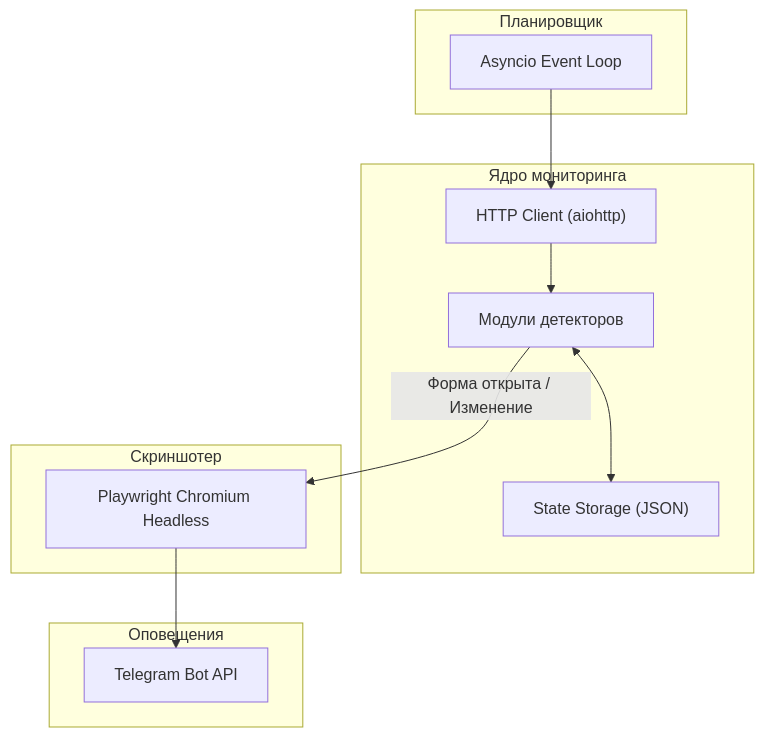
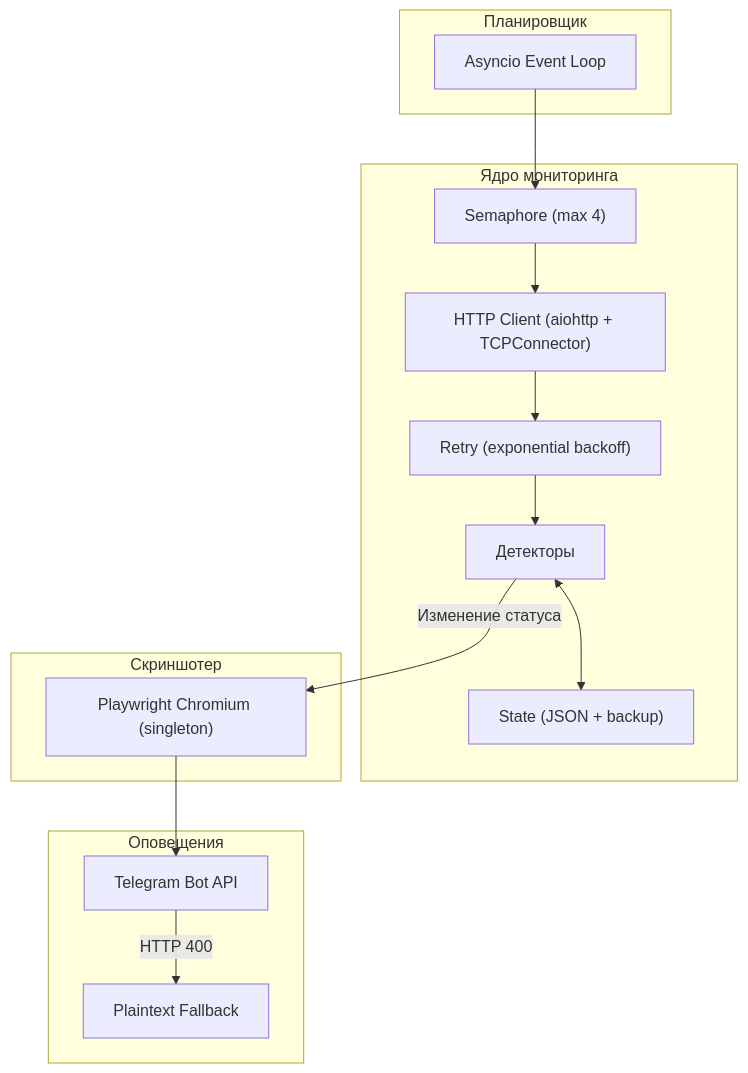
One commit to booowieee/england-bot-watcher changed the diagram in README.md. Above: the diagram before and after it, drawn with Mermaid. The commit also changed other lines of this file and 2 other files, not shown here.

````diff
--- a/README.md
+++ b/README.md
@@ -39,26 +28,32 @@
 ```mermaid
 graph TD
     subgraph Scheduler ["Планировщик"]
         Loop["Asyncio Event Loop"]
     end
 
     subgraph Engine ["Ядро мониторинга"]
-        HTTP["HTTP Client (aiohttp)"]
-        Detectors["Модули детекторов"]
-        State["State Storage (JSON)"]
+        Semaphore["Semaphore (max 4)"]
+        HTTP["HTTP Client (aiohttp + TCPConnector)"]
+        Retry["Retry (exponential backoff)"]
+        Detectors["Детекторы"]
+        State["State (JSON + backup)"]
     end
 
     subgraph Verification ["Скриншотер"]
-        Browser["Playwright Chromium Headless"]
+        Browser["Playwright Chromium (singleton)"]
     end
 
     subgraph Notifications ["Оповещения"]
         Telegram["Telegram Bot API"]
+        Fallback["Plaintext Fallback"]
     end
 
-    Loop --> HTTP
-    HTTP --> Detectors
+    Loop --> Semaphore
+    Semaphore --> HTTP
+    HTTP --> Retry
+    Retry --> Detectors
     Detectors <--> State
-    Detectors -->|Форма открыта / Изменение| Browser
+    Detectors -->|Изменение статуса| Browser
     Browser --> Telegram
+    Telegram -->|HTTP 400| Fallback
 ```
````
